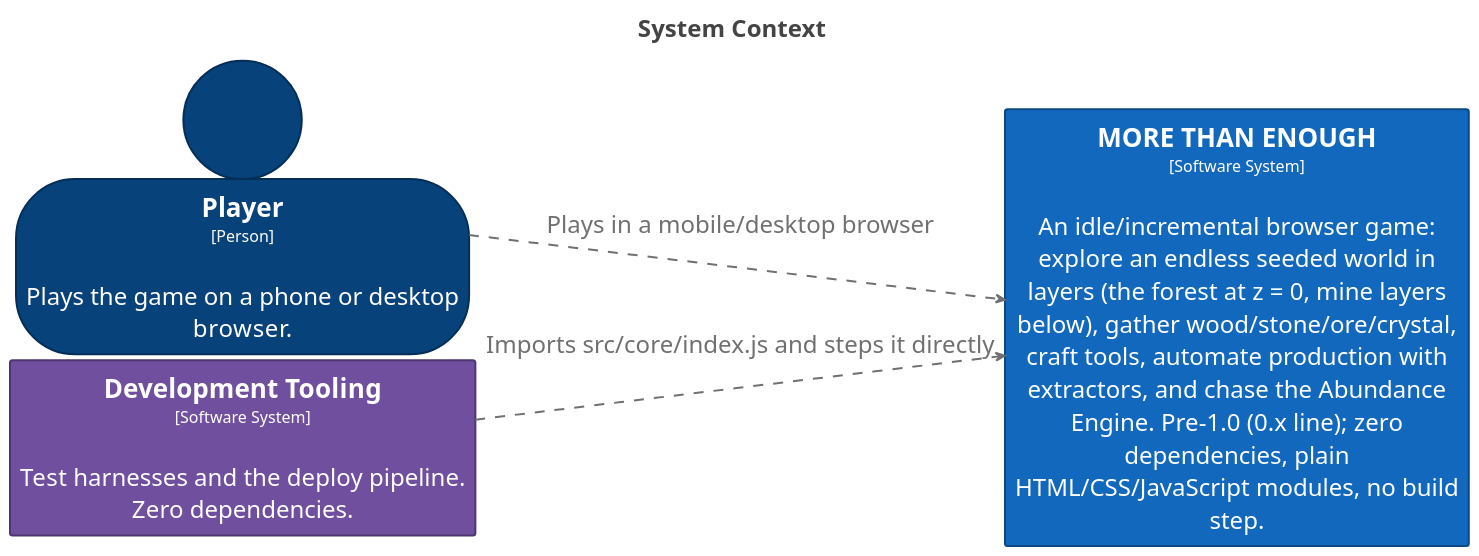
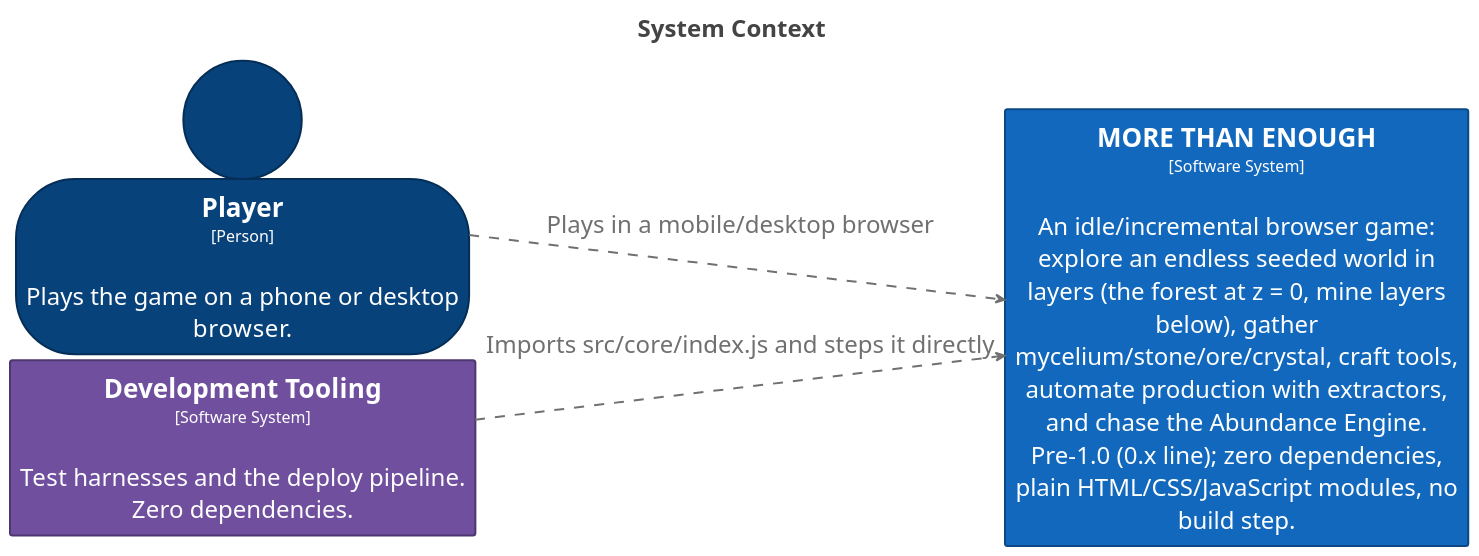
The diagram in structurizr/diagrams/SystemContext.puml (bitkojine/more-than-enough), drawn with PlantUML before and after one commit. The commit also changed 75 other files, not shown here.

First line of the commit message:
v0.42.0: no more cutting down trees; forests yield foraged mycelium instead of wood

```diff
--- a/structurizr/diagrams/SystemContext.puml
+++ b/structurizr/diagrams/SystemContext.puml
@@ -2,69 +2,69 @@
 @startuml
 title <size:24>System Context</size>
 
 set separator none
 left to right direction
 skinparam ranksep 20
 skinparam nodesep 5
 hide stereotype
 
 <style>
   root {
     BackgroundColor: #ffffff;
     FontColor: #444444;
   }
   // Element,Person
   .Element-RWxlbWVudCxQZXJzb24= {
     BackgroundColor: #08427b;
     LineColor: #052e56;
     LineStyle: 0;
     LineThickness: 2;
     FontColor: #ffffff;
     FontSize: 24;
     HorizontalAlignment: center;
     Shadowing: 0;
     MaximumWidth: 450;
   }
   // Element,Software System,Game
   .Element-RWxlbWVudCxTb2Z0d2FyZSBTeXN0ZW0sR2FtZQ== {
     BackgroundColor: #1168bd;
     LineColor: #0b4884;
     LineStyle: 0;
     LineThickness: 2;
     FontColor: #ffffff;
     FontSize: 24;
     HorizontalAlignment: center;
     Shadowing: 0;
     MaximumWidth: 450;
   }
   // Element,Software System,Tooling
   .Element-RWxlbWVudCxTb2Z0d2FyZSBTeXN0ZW0sVG9vbGluZw== {
     BackgroundColor: #6f4f9e;
     LineColor: #4d376e;
     LineStyle: 0;
     LineThickness: 2;
     FontColor: #ffffff;
     FontSize: 24;
     HorizontalAlignment: center;
     Shadowing: 0;
     MaximumWidth: 450;
   }
   // Relationship
   .Relationship-UmVsYXRpb25zaGlw {
     LineThickness: 2;
     LineStyle: 10-10;
     LineColor: #707070;
     FontColor: #707070;
     FontSize: 24;
     MaximumWidth: 200;
   }
 </style>
 
 person "==Player\n<size:16>[Person]</size>\n\nPlays the game on a phone or desktop browser." <<Element-RWxlbWVudCxQZXJzb24=>> as Player
 rectangle "==Development Tooling\n<size:16>[Software System]</size>\n\nTest harnesses and the deploy pipeline. Zero dependencies." <<Element-RWxlbWVudCxTb2Z0d2FyZSBTeXN0ZW0sVG9vbGluZw==>> as DevelopmentTooling
-rectangle "==MORE THAN ENOUGH\n<size:16>[Software System]</size>\n\nAn idle/incremental browser game: explore an endless seeded world in layers (the forest at z = 0, mine layers below), gather wood/stone/ore/crystal, craft tools, automate production with extractors, and chase the Abundance Engine. Pre-1.0 (0.x line); zero dependencies, plain HTML/CSS/JavaScript modules, no build step." <<Element-RWxlbWVudCxTb2Z0d2FyZSBTeXN0ZW0sR2FtZQ==>> as MORETHANENOUGH
+rectangle "==MORE THAN ENOUGH\n<size:16>[Software System]</size>\n\nAn idle/incremental browser game: explore an endless seeded world in layers (the forest at z = 0, mine layers below), gather mycelium/stone/ore/crystal, craft tools, automate production with extractors, and chase the Abundance Engine. Pre-1.0 (0.x line); zero dependencies, plain HTML/CSS/JavaScript modules, no build step." <<Element-RWxlbWVudCxTb2Z0d2FyZSBTeXN0ZW0sR2FtZQ==>> as MORETHANENOUGH
 
 Player --> MORETHANENOUGH <<Relationship-UmVsYXRpb25zaGlw>> : "Plays in a mobile/desktop browser"
 DevelopmentTooling --> MORETHANENOUGH <<Relationship-UmVsYXRpb25zaGlw>> : "Imports src/core/index.js and steps it directly"
 
 @enduml
```
